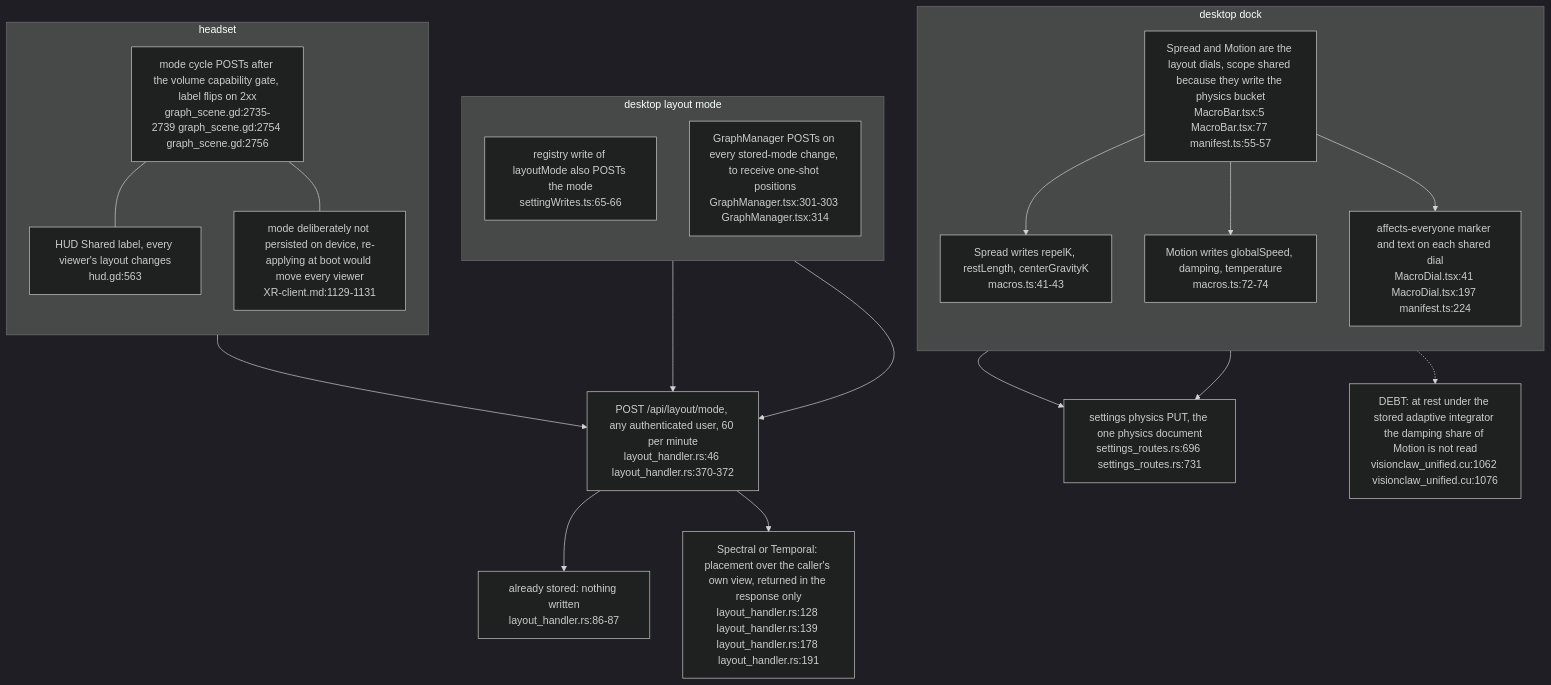
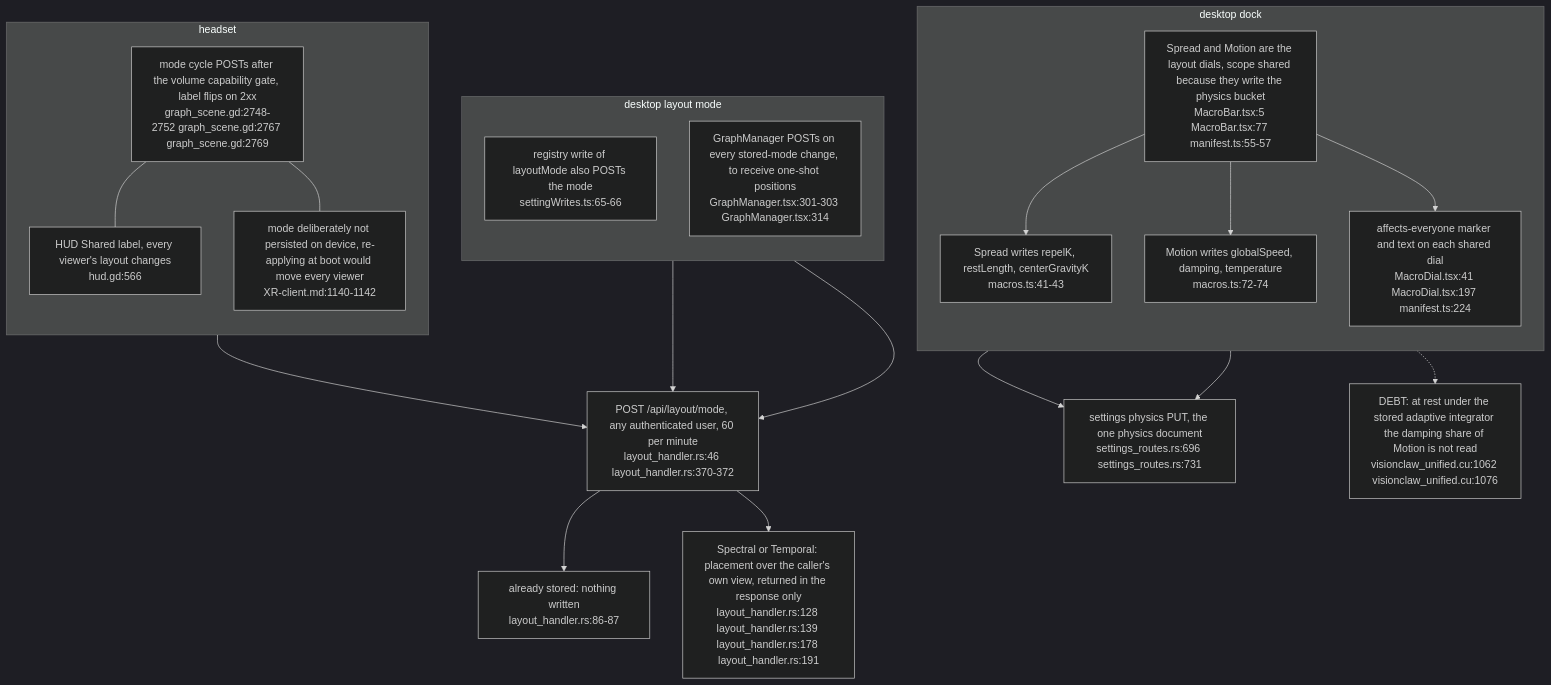
One commit to DreamLab-AI/VisionFlow changed the fifth of 6 diagrams in docs/diagrams/visionclaw/54-layout-mode-step-cadence-and-settle.md. Above: the diagram before and after it, drawn with Mermaid (dark theme). The commit also changed other lines of this file and 24 other files, not shown here.

Commit message:
docs: align XR liveness, filtering and rendering diagrams (#33)

````diff
--- a/docs/diagrams/visionclaw/54-layout-mode-step-cadence-and-settle.md
+++ b/docs/diagrams/visionclaw/54-layout-mode-step-cadence-and-settle.md
@@ -121,38 +121,38 @@
 ```mermaid
 flowchart TD
     subgraph DESK["desktop dock"]
         direction TB
         DIALS["Spread and Motion are the layout dials, scope shared because they write the physics bucket<br/>MacroBar.tsx:5 MacroBar.tsx:77 manifest.ts:55-57"]
         SPREAD["Spread writes repelK, restLength, centerGravityK<br/>macros.ts:41-43"]
         MOTION["Motion writes globalSpeed, damping, temperature<br/>macros.ts:72-74"]
         BADGE["affects-everyone marker and text on each shared dial<br/>MacroDial.tsx:41 MacroDial.tsx:197 manifest.ts:224"]
         DIALS --> SPREAD
         DIALS --> MOTION
         DIALS --> BADGE
     end
     subgraph MODE["desktop layout mode"]
         direction TB
         SW["registry write of layoutMode also POSTs the mode<br/>settingWrites.ts:65-66"]
         GM["GraphManager POSTs on every stored-mode change, to receive one-shot positions<br/>GraphManager.tsx:301-303 GraphManager.tsx:314"]
     end
     subgraph XRH["headset"]
         direction TB
-        CYC["mode cycle POSTs after the volume capability gate, label flips on 2xx<br/>graph_scene.gd:2735-2739 graph_scene.gd:2754 graph_scene.gd:2756"]
-        LBL["HUD Shared label, every viewer's layout changes<br/>hud.gd:563"]
-        NOP["mode deliberately not persisted on device, re-applying at boot would move every viewer<br/>XR-client.md:1129-1131"]
+        CYC["mode cycle POSTs after the volume capability gate, label flips on 2xx<br/>graph_scene.gd:2748-2752 graph_scene.gd:2767 graph_scene.gd:2769"]
+        LBL["HUD Shared label, every viewer's layout changes<br/>hud.gd:566"]
+        NOP["mode deliberately not persisted on device, re-applying at boot would move every viewer<br/>XR-client.md:1140-1142"]
         CYC --- LBL
         CYC --- NOP
     end
     SRV["POST /api/layout/mode, any authenticated user, 60 per minute<br/>layout_handler.rs:46 layout_handler.rs:370-372"]
     SAMEQ["already stored: nothing written<br/>layout_handler.rs:86-87"]
     ONE["Spectral or Temporal: placement over the caller's own view, returned in the response only<br/>layout_handler.rs:128 layout_handler.rs:139 layout_handler.rs:178 layout_handler.rs:191"]
     PHYS["settings physics PUT, the one physics document<br/>settings_routes.rs:696 settings_routes.rs:731"]
     SPREAD --> PHYS
     MOTION --> PHYS
     SW --> SRV
     GM --> SRV
     CYC --> SRV
     SRV --> SAMEQ
     SRV --> ONE
     MOTION -.-> INERT["DEBT: at rest under the stored adaptive integrator the damping share of Motion is not read<br/>visionclaw_unified.cu:1062 visionclaw_unified.cu:1076"]
 ```
````
